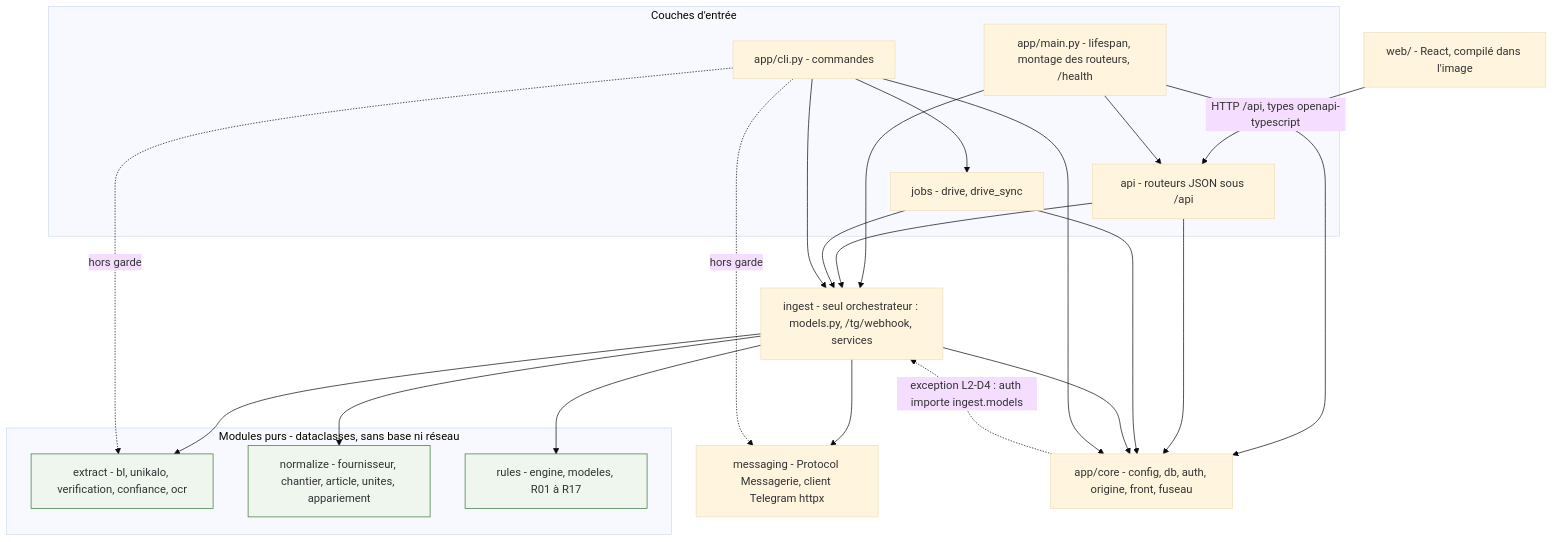
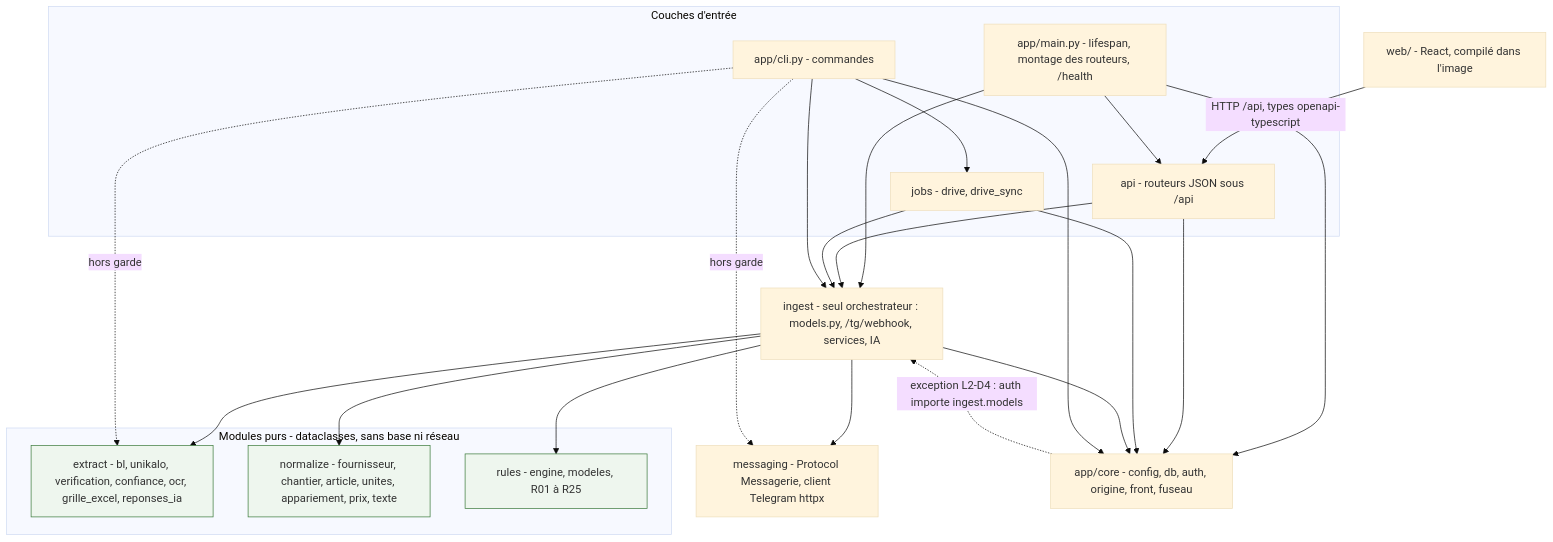
The third of 14 diagrams in ARCHITECTURE.md (Asuura666/habitat-renovation), drawn with Mermaid (base theme) before and after one commit. The commit also changed other lines of this file and 4 other files, not shown here.

````diff
--- a/ARCHITECTURE.md
+++ b/ARCHITECTURE.md
@@ -192,45 +213,45 @@
 ```mermaid
 flowchart TB
   web["web/ - React, compilé dans l'image"]
 
   subgraph entrees["Couches d'entrée"]
     main["app/main.py - lifespan, montage des routeurs, /health"]
     api["api - routeurs JSON sous /api"]
     jobs["jobs - drive, drive_sync"]
     cli["app/cli.py - commandes"]
   end
 
-  ingest["ingest - seul orchestrateur : models.py, /tg/webhook, services"]
+  ingest["ingest - seul orchestrateur : models.py, /tg/webhook, services, IA"]
 
   subgraph purs["Modules purs - dataclasses, sans base ni réseau"]
-    extract["extract - bl, unikalo, verification, confiance, ocr"]
-    normalize["normalize - fournisseur, chantier, article, unites, appariement"]
-    rules["rules - engine, modeles, R01 à R17"]
+    extract["extract - bl, unikalo, verification, confiance, ocr, grille_excel, reponses_ia"]
+    normalize["normalize - fournisseur, chantier, article, unites, appariement, prix, texte"]
+    rules["rules - engine, modeles, R01 à R25"]
   end
 
   messaging["messaging - Protocol Messagerie, client Telegram httpx"]
   core["app/core - config, db, auth, origine, front, fuseau"]
 
   web -->|"HTTP /api, types openapi-typescript"| api
   main --> api
   main --> ingest
   main --> core
   api --> ingest
   api --> core
   jobs --> ingest
   jobs --> core
   ingest --> extract
   ingest --> normalize
   ingest --> rules
   ingest --> messaging
   ingest --> core
   core -.->|"exception L2-D4 : auth importe ingest.models"| ingest
   cli --> ingest
   cli --> jobs
   cli --> core
   cli -.->|"hors garde"| extract
   cli -.->|"hors garde"| messaging
 
   classDef pur fill:#eef6ee,stroke:#3a7a3a
   class extract,normalize,rules pur
 ```
````
